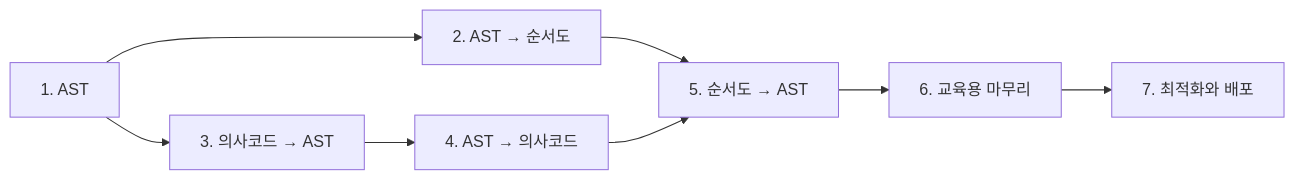
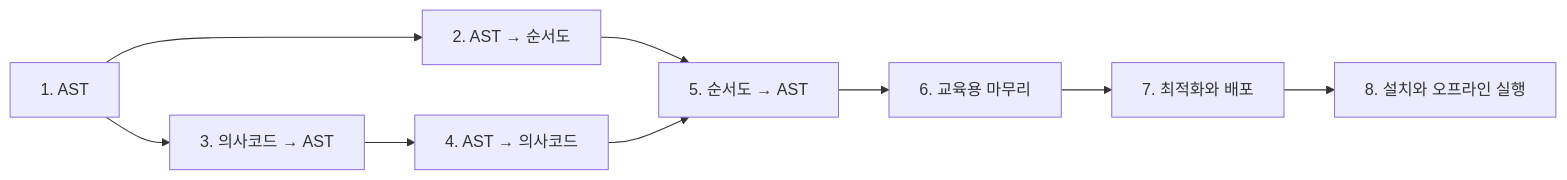
The diagram in docs/milestones/README.md (donginssam/algorithm-visualizer), drawn with Mermaid before and after one commit. The commit also changed other lines of this file and 23 other files, not shown here.

````diff
--- a/docs/milestones/README.md
+++ b/docs/milestones/README.md
@@ -21,10 +22,11 @@
 ```mermaid
 flowchart LR
   m1["1. AST"] --> m2["2. AST → 순서도"]
   m1 --> m3["3. 의사코드 → AST"]
   m3 --> m4["4. AST → 의사코드"]
   m2 --> m5["5. 순서도 → AST"]
   m4 --> m5
   m5 --> m6["6. 교육용 마무리"]
   m6 --> m7["7. 최적화와 배포"]
+  m7 --> m8["8. 설치와 오프라인 실행"]
 ```
````
